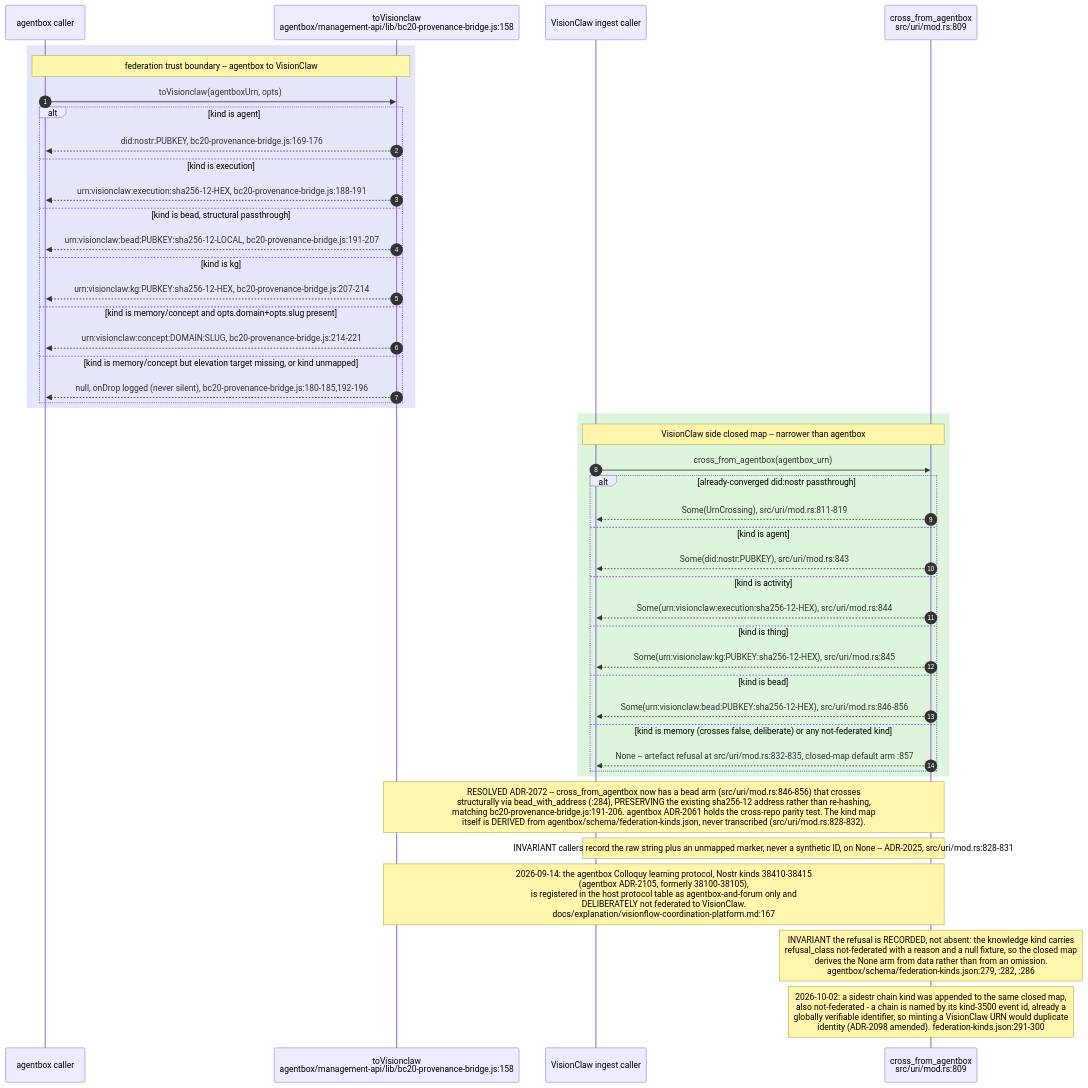
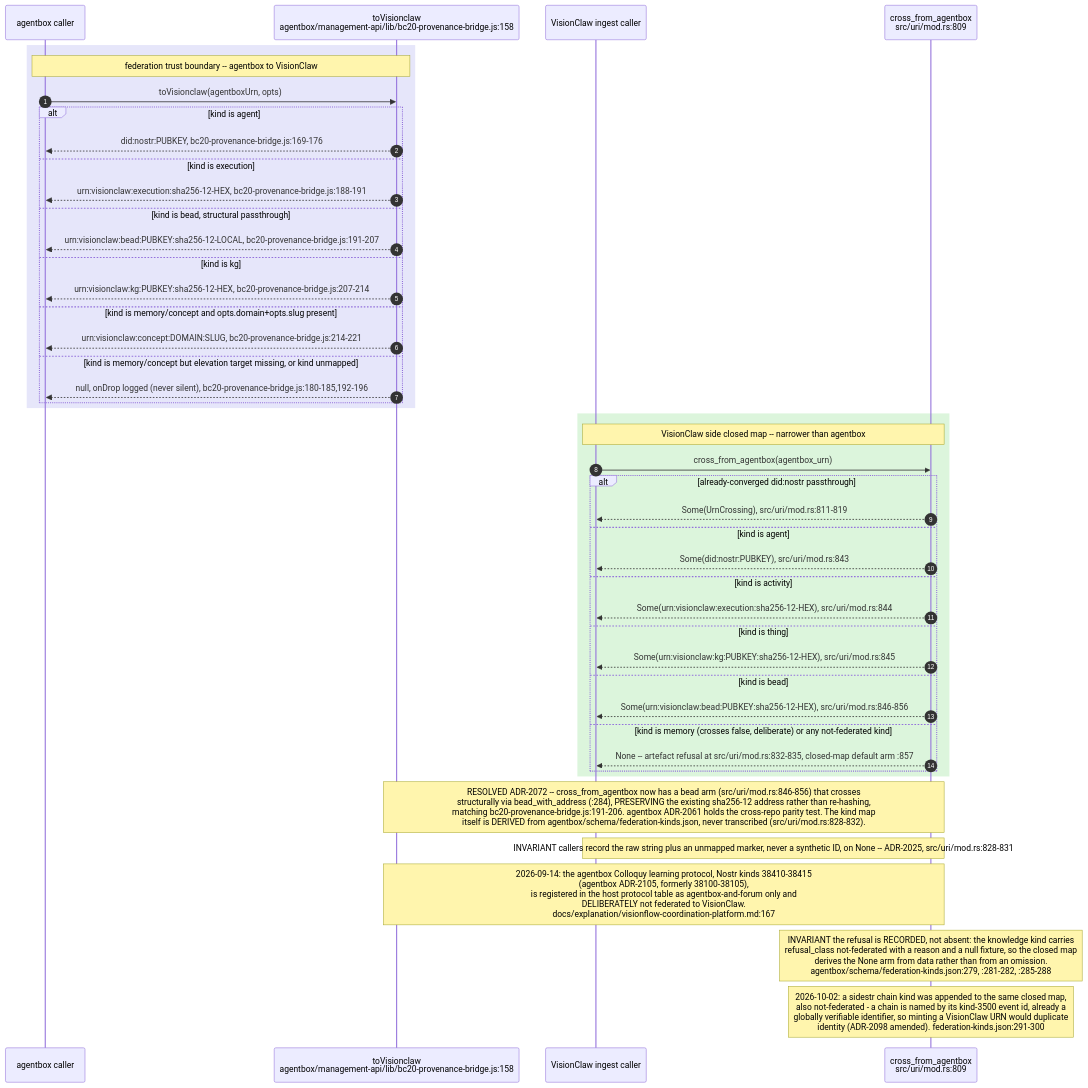
The sixth of 10 diagrams in docs/diagrams/visionclaw/23-identifiers-urn-did-sha12.md (DreamLab-AI/VisionFlow), drawn with Mermaid before and after one commit. The commit also changed other lines of this file and 160 other files, not shown here.

````diff
--- a/docs/diagrams/visionclaw/23-identifiers-urn-did-sha12.md
+++ b/docs/diagrams/visionclaw/23-identifiers-urn-did-sha12.md
@@ -232,47 +231,47 @@
 ```mermaid
 sequenceDiagram
     autonumber
     participant CallerAB as agentbox caller
     participant JS as toVisionclaw<br/>agentbox/management-api/lib/bc20-provenance-bridge.js:158
     participant CallerVC as VisionClaw ingest caller
     participant RS as cross_from_agentbox<br/>src/uri/mod.rs:809
     rect rgb(230,230,250)
     Note over CallerAB,JS: federation trust boundary -- agentbox to VisionClaw
     CallerAB->>JS: toVisionclaw(agentboxUrn, opts)
     alt kind is agent
         JS-->>CallerAB: did:nostr:PUBKEY, bc20-provenance-bridge.js:169-176
     else kind is execution
         JS-->>CallerAB: urn:visionclaw:execution:sha256-12-HEX, bc20-provenance-bridge.js:188-191
     else kind is bead, structural passthrough
         JS-->>CallerAB: urn:visionclaw:bead:PUBKEY:sha256-12-LOCAL, bc20-provenance-bridge.js:191-207
     else kind is kg
         JS-->>CallerAB: urn:visionclaw:kg:PUBKEY:sha256-12-HEX, bc20-provenance-bridge.js:207-214
     else kind is memory/concept and opts.domain+opts.slug present
         JS-->>CallerAB: urn:visionclaw:concept:DOMAIN:SLUG, bc20-provenance-bridge.js:214-221
     else kind is memory/concept but elevation target missing, or kind unmapped
         JS-->>CallerAB: null, onDrop logged (never silent), bc20-provenance-bridge.js:180-185,192-196
     end
     end
     rect rgb(220,245,220)
     Note over CallerVC,RS: VisionClaw side closed map -- narrower than agentbox
     CallerVC->>RS: cross_from_agentbox(agentbox_urn)
     alt already-converged did:nostr passthrough
         RS-->>CallerVC: Some(UrnCrossing), src/uri/mod.rs:811-819
     else kind is agent
         RS-->>CallerVC: Some(did:nostr:PUBKEY), src/uri/mod.rs:843
     else kind is activity
         RS-->>CallerVC: Some(urn:visionclaw:execution:sha256-12-HEX), src/uri/mod.rs:844
     else kind is thing
         RS-->>CallerVC: Some(urn:visionclaw:kg:PUBKEY:sha256-12-HEX), src/uri/mod.rs:845
     else kind is bead
         RS-->>CallerVC: Some(urn:visionclaw:bead:PUBKEY:sha256-12-HEX), src/uri/mod.rs:846-856
     else kind is memory (crosses false, deliberate) or any not-federated kind
         RS-->>CallerVC: None -- artefact refusal at src/uri/mod.rs:832-835, closed-map default arm :857
     end
     end
     Note over JS,RS: RESOLVED ADR-2072 -- cross_from_agentbox now has a bead arm (src/uri/mod.rs:846-856) that crosses<br/>structurally via bead_with_address (:284), PRESERVING the existing sha256-12 address rather than re-hashing,<br/>matching bc20-provenance-bridge.js:191-206. agentbox ADR-2061 holds the cross-repo parity test. The kind map<br/>itself is DERIVED from agentbox/schema/federation-kinds.json, never transcribed (src/uri/mod.rs:828-832).
     Note over CallerVC,RS: INVARIANT callers record the raw string plus an unmapped marker, never a synthetic ID, on None -- ADR-2025, src/uri/mod.rs:828-831
     Note over JS,RS: 2026-09-14: the agentbox Colloquy learning protocol, Nostr kinds 38410-38415<br/>(agentbox ADR-2105, formerly 38100-38105),<br/>is registered in the host protocol table as agentbox-and-forum only and<br/>DELIBERATELY not federated to VisionClaw.<br/>docs/explanation/visionflow-coordination-platform.md:167
-    Note over RS: INVARIANT the refusal is RECORDED, not absent: the knowledge kind carries<br/>refusal_class not-federated with a reason and a null fixture, so the closed map<br/>derives the None arm from data rather than from an omission.<br/>agentbox/schema/federation-kinds.json:279, :282, :286
+    Note over RS: INVARIANT the refusal is RECORDED, not absent: the knowledge kind carries<br/>refusal_class not-federated with a reason and a null fixture, so the closed map<br/>derives the None arm from data rather than from an omission.<br/>agentbox/schema/federation-kinds.json:279, :281-282, :285-288
     Note over RS: 2026-10-02: a sidestr chain kind was appended to the same closed map,<br/>also not-federated - a chain is named by its kind-3500 event id, already a<br/>globally verifiable identifier, so minting a VisionClaw URN would duplicate<br/>identity (ADR-2098 amended). federation-kinds.json:291-300
 ```
````
